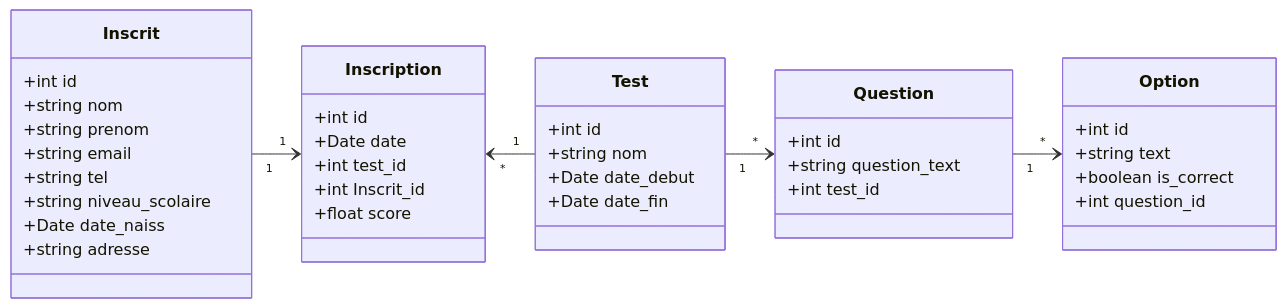
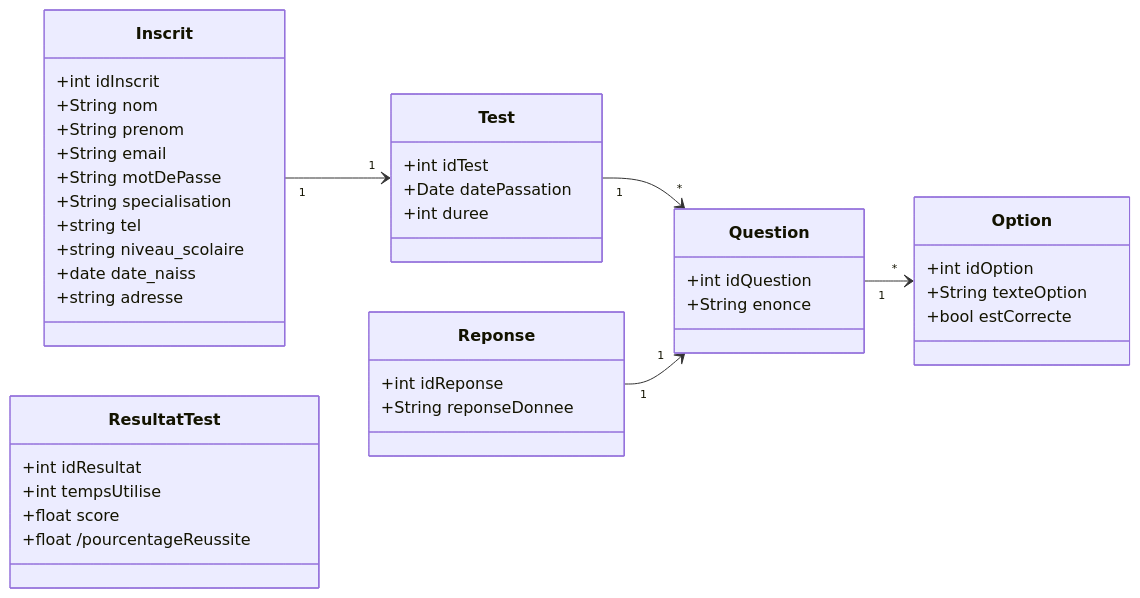
One commit to samiaBoug/Soli_LMS_Test_Inscription changed the diagram in Conception/diagrame_de_class/test_inscription.mmd. Above: the diagram before and after it, drawn with Mermaid. The commit also changed 58 other files, not shown here.

Commit message:
fix class diagram

```diff
--- a/Conception/diagrame_de_class/test_inscription.mmd
+++ b/Conception/diagrame_de_class/test_inscription.mmd
@@ -1,48 +1,44 @@
-
 classDiagram
-    direction LR
-    
+direction LR
     class Inscrit {
-        +int id
-        +string nom
-        +string prenom
-        +string email
+        +int idInscrit
+        +String nom
+        +String prenom
+        +String email
+        +String motDePasse
+        +String specialisation
         +string tel
         +string niveau_scolaire
-        +Date date_naiss
-        +string adresse  
+        +date date_naiss
+        +string adresse
     }
 
-    class Inscription {
-        +int id
-        +Date date
-        +int test_id
-        +int Inscrit_id
+    class Test {
+        +int idTest
+        +Date datePassation
+        +int duree
+    }
+    class Question {
+        +int idQuestion
+        +String enonce
+    }
+    class Option {
+        +int idOption
+        +String texteOption
+        +bool estCorrecte
+    }
+    class ResultatTest {
+        +int idResultat
+        +int tempsUtilise
         +float score
+        +float /pourcentageReussite
     }
-        class Test {
-        +int id
-        +string nom
-        +Date date_debut
-        +Date date_fin
-        
-    }
- 
-    class Question {
-        +int id
-        +string question_text
-        +int test_id
+    class Reponse {
+        +int idReponse
+        +String reponseDonnee
     }
 
-    class Option {
-        +int id
-        +string text
-        +boolean is_correct
-        +int question_id
-    }
-
- 
-    Inscrit "1" --> "1" Inscription 
-    Inscription "*" <-- "1" Test 
+    Inscrit "1" --> "1" Test 
     Test "1" --> "*" Question
-    Question "1" --> "*" Option
+    Question "1" --> "*" Option     
+    Reponse "1" --> "1" Question 
```
